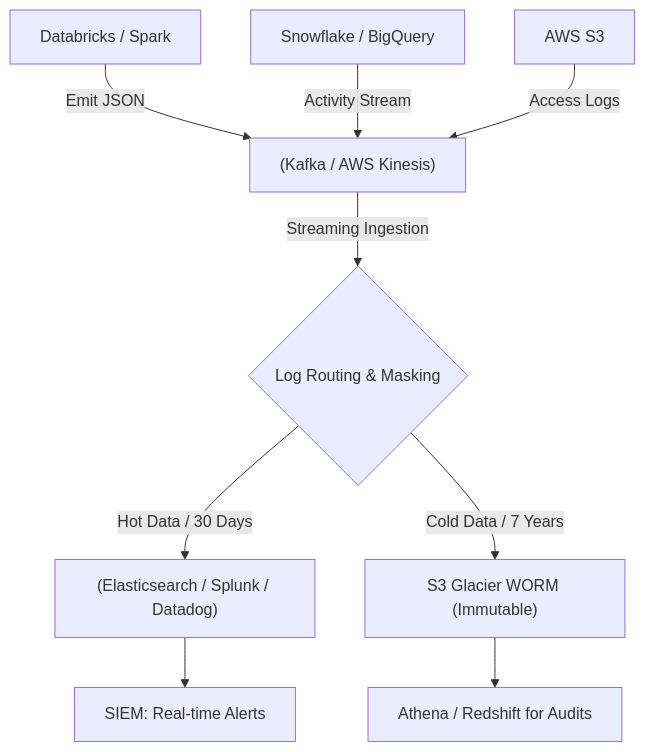
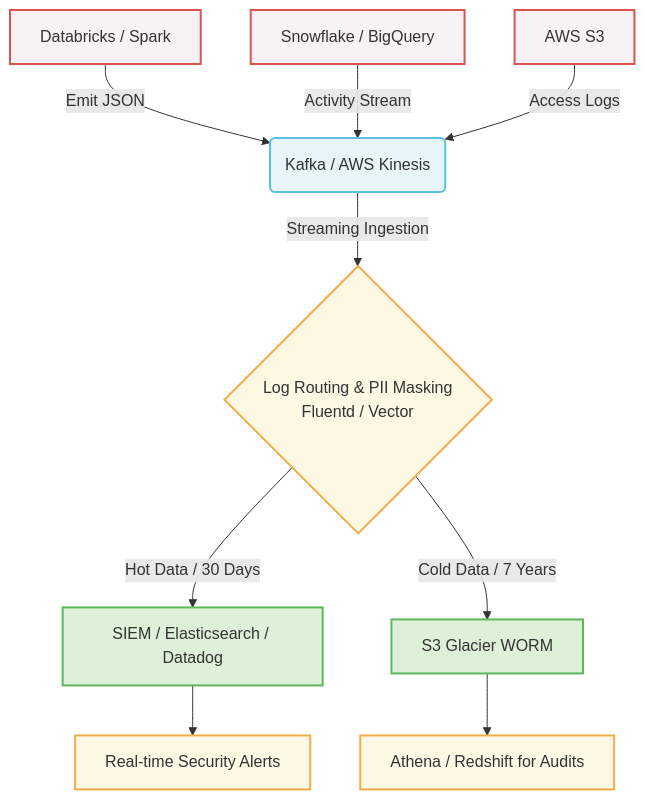
One commit to kythuatdulieu/kythuatdulieu.github.io changed the first of 2 diagrams in src/content/docs/concepts/8-security-governance-finops/audit-logging.md. Above: the diagram before and after it, drawn with Mermaid. The commit also changed other lines of this file and 1 other file, not shown here.

Commit message:
rewrite(8-security-governance-finops): audit-logging

````diff
--- a/src/content/docs/concepts/8-security-governance-finops/audit-logging.md
+++ b/src/content/docs/concepts/8-security-governance-finops/audit-logging.md
@@ -27,13 +46,19 @@
 ```mermaid
 graph TD
-    A1["Databricks / Spark"] -->|Emit JSON| B["(Kafka / AWS Kinesis)"]
-    A2["Snowflake / BigQuery"] -->|Activity Stream| B
-    A3["AWS S3"] -->|Access Logs| B
-    B -->|Streaming Ingestion| C{"Log Routing & Masking"}
+    classDef source fill:#f9f2f4,stroke:#d9534f,stroke-width:2px;
+    classDef broker fill:#e8f4f8,stroke:#5bc0de,stroke-width:2px;
+    classDef process fill:#fcf8e3,stroke:#f0ad4e,stroke-width:2px;
+    classDef storage fill:#dff0d8,stroke:#5cb85c,stroke-width:2px;
+
+    A1[Databricks / Spark]:::source -->|Emit JSON| B(Kafka / AWS Kinesis):::broker
+    A2[Snowflake / BigQuery]:::source -->|Activity Stream| B
+    A3[AWS S3]:::source -->|Access Logs| B
     
-    C -->|Hot Data / 30 Days| D["(Elasticsearch / Splunk / Datadog)"]
-    D --> E["SIEM: Real-time Alerts"]
+    B -->|Streaming Ingestion| C{Log Routing & PII Masking <br/> Fluentd / Vector}:::process
     
-    C -->|Cold Data / 7 Years| F["S3 Glacier WORM (Immutable)"]
-    F --> G["Athena / Redshift for Audits"]
+    C -->|Hot Data / 30 Days| D[SIEM / Elasticsearch / Datadog]:::storage
+    D --> E[Real-time Security Alerts]:::process
+    
+    C -->|Cold Data / 7 Years| F[S3 Glacier WORM]:::storage
+    F --> G[Athena / Redshift for Audits]:::process
 ```
````
